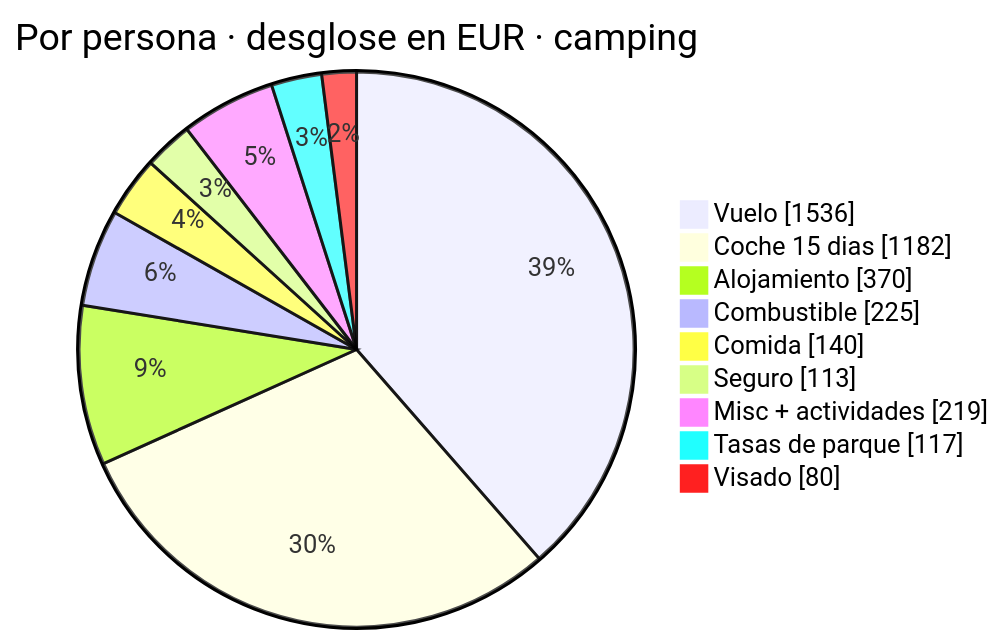
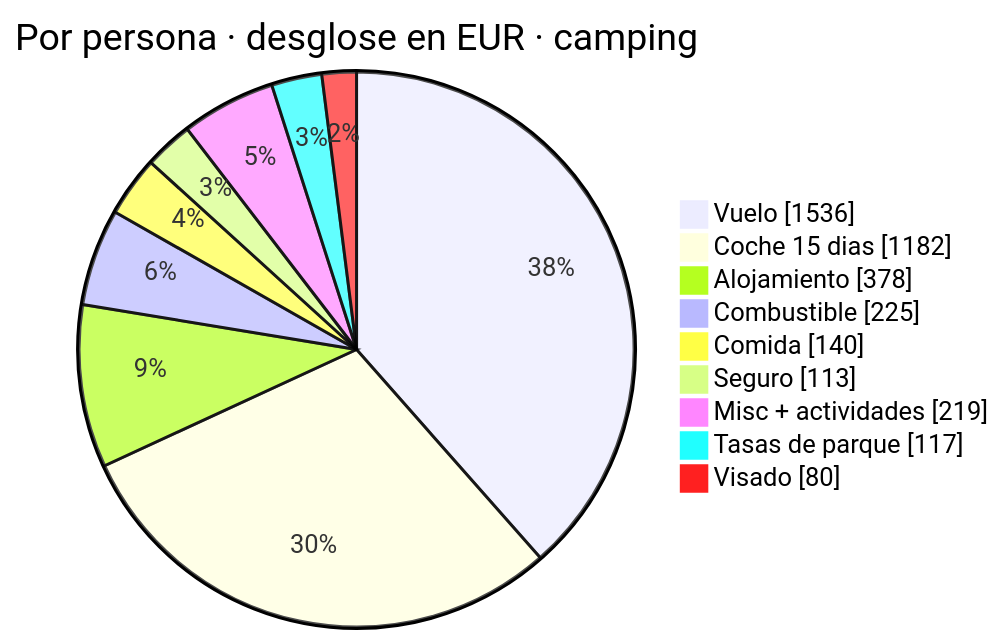
Before and after one commit to morandeirachema/namibia: the third of 6 diagrams in README.md, drawn with Mermaid. The commit also changed other lines of this file and 7 other files, not shown here.

````diff
--- a/README.md
+++ b/README.md
@@ -330,13 +332,13 @@
 ```mermaid
 pie showData
     title Por persona · desglose en EUR · camping
     "Vuelo" : 1536
     "Coche 15 dias" : 1182
-    "Alojamiento" : 370
+    "Alojamiento" : 378
     "Combustible" : 225
     "Comida" : 140
     "Seguro" : 113
     "Misc + actividades" : 219
     "Tasas de parque" : 117
     "Visado" : 80
 ```
````
